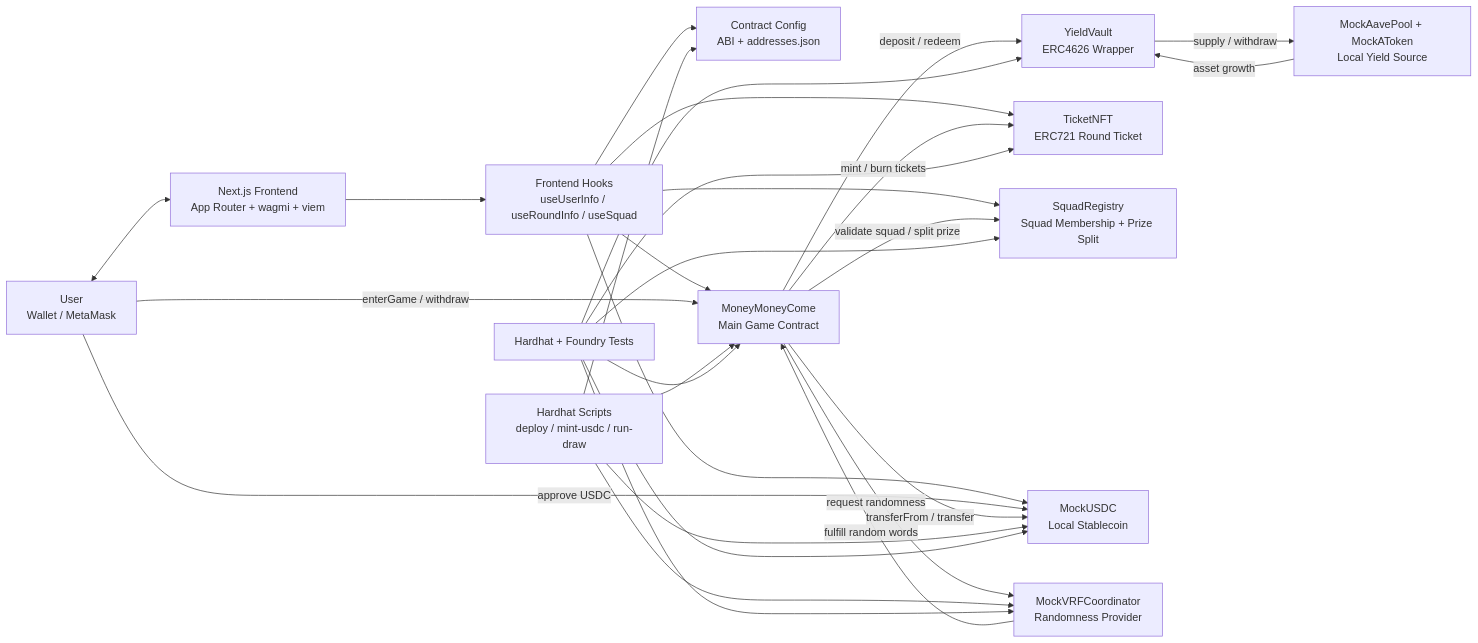
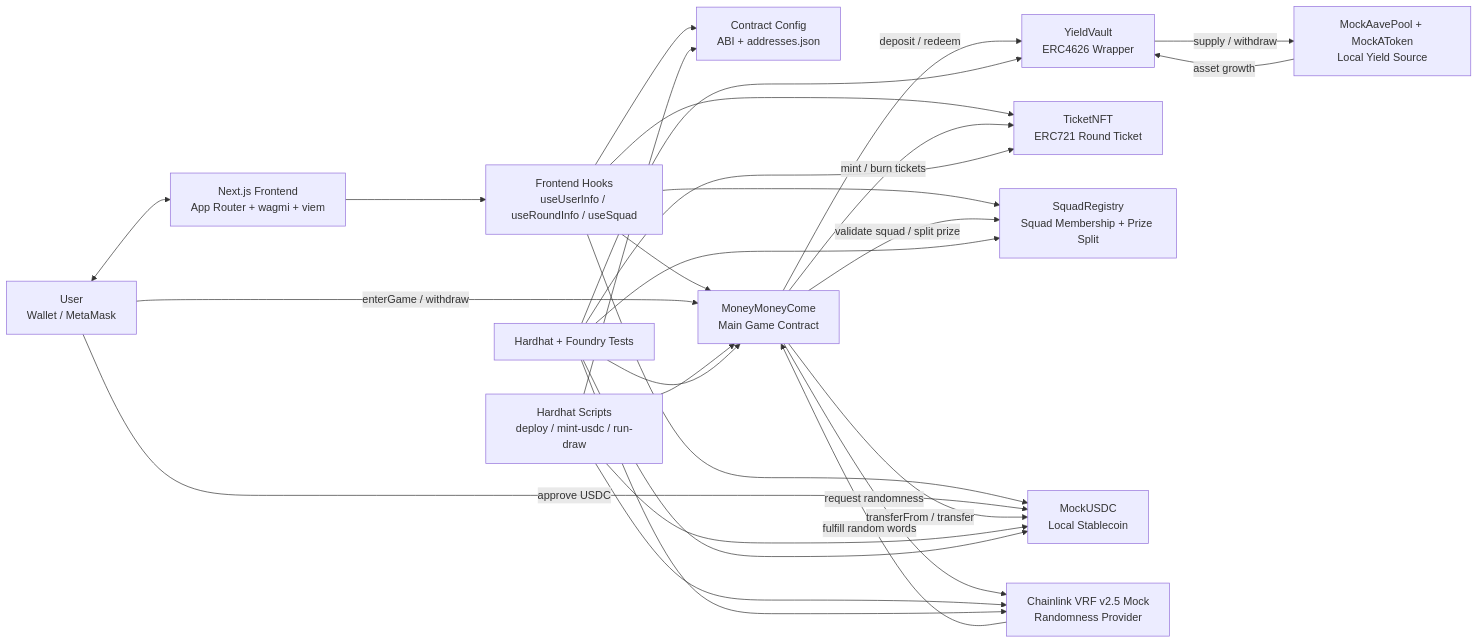
Before and after one commit to Rttt-N/money-money-come: the first of 3 diagrams in docs/ARCHITECTURE.md, drawn with Mermaid. The commit also changed other lines of this file and 9 other files, not shown here.

````diff
--- a/docs/ARCHITECTURE.md
+++ b/docs/ARCHITECTURE.md
@@ -7,50 +7,50 @@
 ```mermaid
 flowchart LR
     U[User<br/>Wallet / MetaMask]
     FE[Next.js Frontend<br/>App Router + wagmi + viem]
     HOOKS[Frontend Hooks<br/>useUserInfo / useRoundInfo / useSquad]
     ADDR[Contract Config<br/>ABI + addresses.json]
 
     MMC[MoneyMoneyCome<br/>Main Game Contract]
     VAULT[YieldVault<br/>ERC4626 Wrapper]
     NFT[TicketNFT<br/>ERC721 Round Ticket]
     SQUAD[SquadRegistry<br/>Squad Membership + Prize Split]
     USDC[MockUSDC<br/>Local Stablecoin]
     AAVE[MockAavePool + MockAToken<br/>Local Yield Source]
-    VRF[MockVRFCoordinator<br/>Randomness Provider]
+    VRF[Chainlink VRF v2.5 Mock<br/>Randomness Provider]
 
     SCRIPTS[Hardhat Scripts<br/>deploy / mint-usdc / run-draw]
     TESTS[Hardhat + Foundry Tests]
 
     U <--> FE
     FE --> HOOKS
     HOOKS --> ADDR
     HOOKS --> MMC
     HOOKS --> USDC
     HOOKS --> NFT
     HOOKS --> SQUAD
 
     U -->|approve USDC| USDC
     U -->|enterGame / withdraw| MMC
 
     MMC -->|transferFrom / transfer| USDC
     MMC -->|deposit / redeem| VAULT
     VAULT -->|supply / withdraw| AAVE
     AAVE -->|asset growth| VAULT
 
     MMC -->|mint / burn tickets| NFT
     MMC -->|validate squad / split prize| SQUAD
     MMC -->|request randomness| VRF
     VRF -->|fulfill random words| MMC
 
     SCRIPTS --> MMC
     SCRIPTS --> USDC
     SCRIPTS --> VRF
     SCRIPTS --> ADDR
     TESTS --> MMC
     TESTS --> VAULT
     TESTS --> NFT
     TESTS --> SQUAD
     TESTS --> USDC
     TESTS --> VRF
 ```
````
